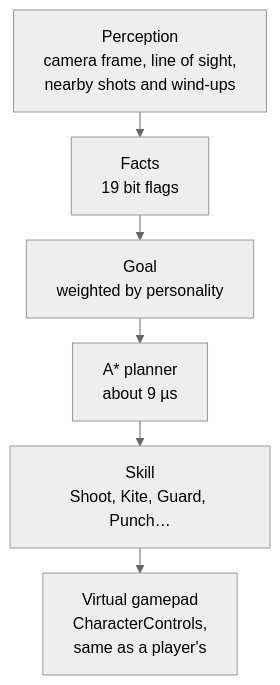
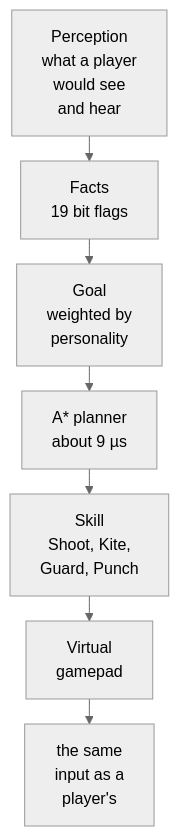
Before and after one commit to pndte/match-please: the eighth of 8 diagrams in README.md, drawn with Mermaid (neutral theme). The commit also changed other lines of this file, not shown here.

````diff
--- a/README.md
+++ b/README.md
@@ -637,14 +637,15 @@
 ```mermaid
 ---
 config:
   flowchart:
     htmlLabels: false
     rankSpacing: 25
 ---
 flowchart TB
-    Sense["Perception<br/>camera frame, line of sight,<br/>nearby shots and wind-ups"] --> Facts["Facts<br/>19 bit flags"]
-    Facts --> Goal["Goal<br/>weighted by personality"]
+    Sense["Perception<br/>what a player<br/>would see<br/>and hear"] --> Facts["Facts<br/>19 bit flags"]
+    Facts --> Goal["Goal<br/>weighted by<br/>personality"]
     Goal --> Planner["A* planner<br/>about 9 µs"]
-    Planner --> Skill["Skill<br/>Shoot, Kite, Guard, Punch…"]
-    Skill --> Pad["Virtual gamepad<br/>CharacterControls,<br/>same as a player's"]
+    Planner --> Skill["Skill<br/>Shoot, Kite,<br/>Guard, Punch"]
+    Skill --> Pad["Virtual<br/>gamepad"]
+    Pad --> Input["the same<br/>input as a<br/>player's"]
 ```
````
